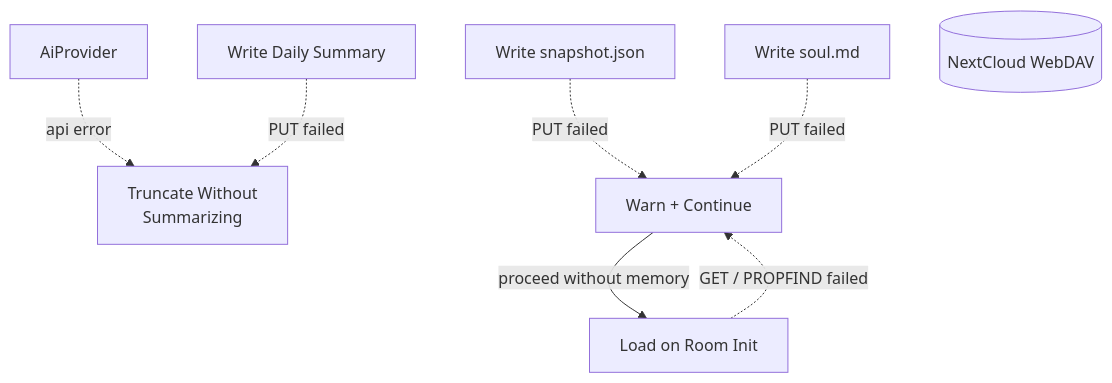
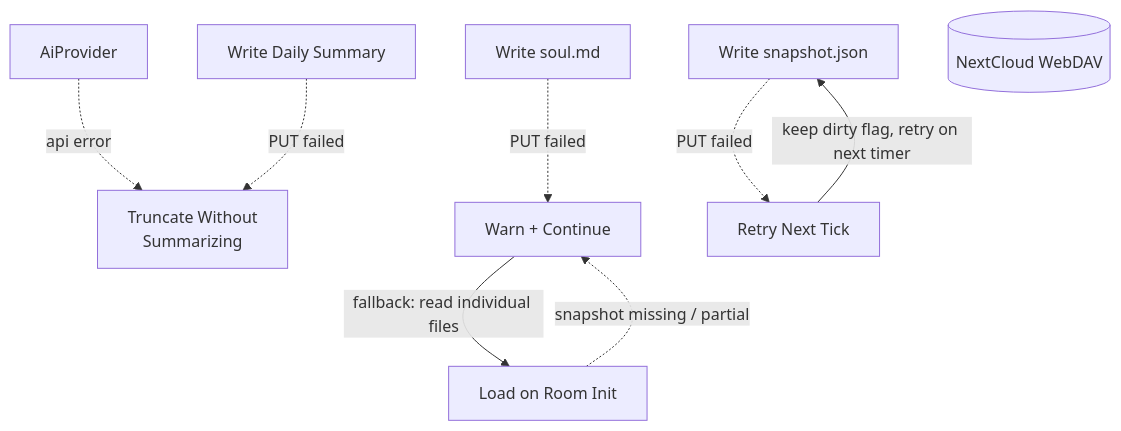
The sixth of 7 diagrams in _dfds/base/memory.md (cosmoswafer/rockbot), drawn with Mermaid before and after one commit. The commit also changed other lines of this file and 5 other files, not shown here.

First line of the commit message:
remove legacy 000001_memory.json format and add three-layer snapshot cache design

````diff
--- a/_dfds/base/memory.md
+++ b/_dfds/base/memory.md
@@ -211,18 +246,20 @@
 ```mermaid
 flowchart TD
     AI[AiProvider]
     L2_WRITE[Write Daily Summary]
     SOUL_WRITE[Write soul.md]
     SNAP_WRITE[Write snapshot.json]
     DAV[(NextCloud WebDAV)]
     LOAD[Load on Room Init]
     FALLBACK[Truncate Without<br/>Summarizing]
     WARN[Warn + Continue]
+    RETRY[Retry Next Tick]
 
     AI -.->|"api error"| FALLBACK
     L2_WRITE -.->|"PUT failed"| FALLBACK
-    SNAP_WRITE -.->|"PUT failed"| WARN
+    SNAP_WRITE -.->|"PUT failed"| RETRY
     SOUL_WRITE -.->|"PUT failed"| WARN
-    LOAD -.->|"GET / PROPFIND failed"| WARN
-    WARN -->|"proceed without memory"| LOAD
+    LOAD -.->|"snapshot missing / partial"| WARN
+    WARN -->|"fallback: read individual files"| LOAD
+    RETRY -->|"keep dirty flag, retry on next timer"| SNAP_WRITE
 ```
````
